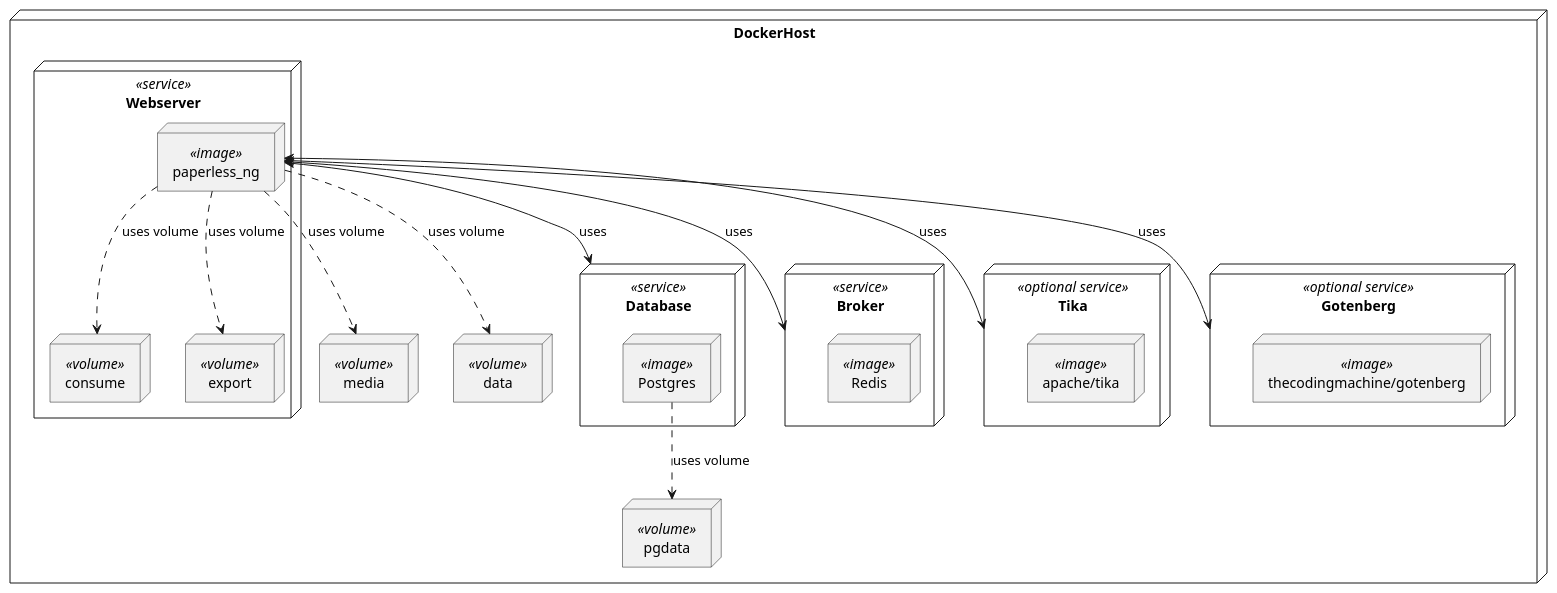
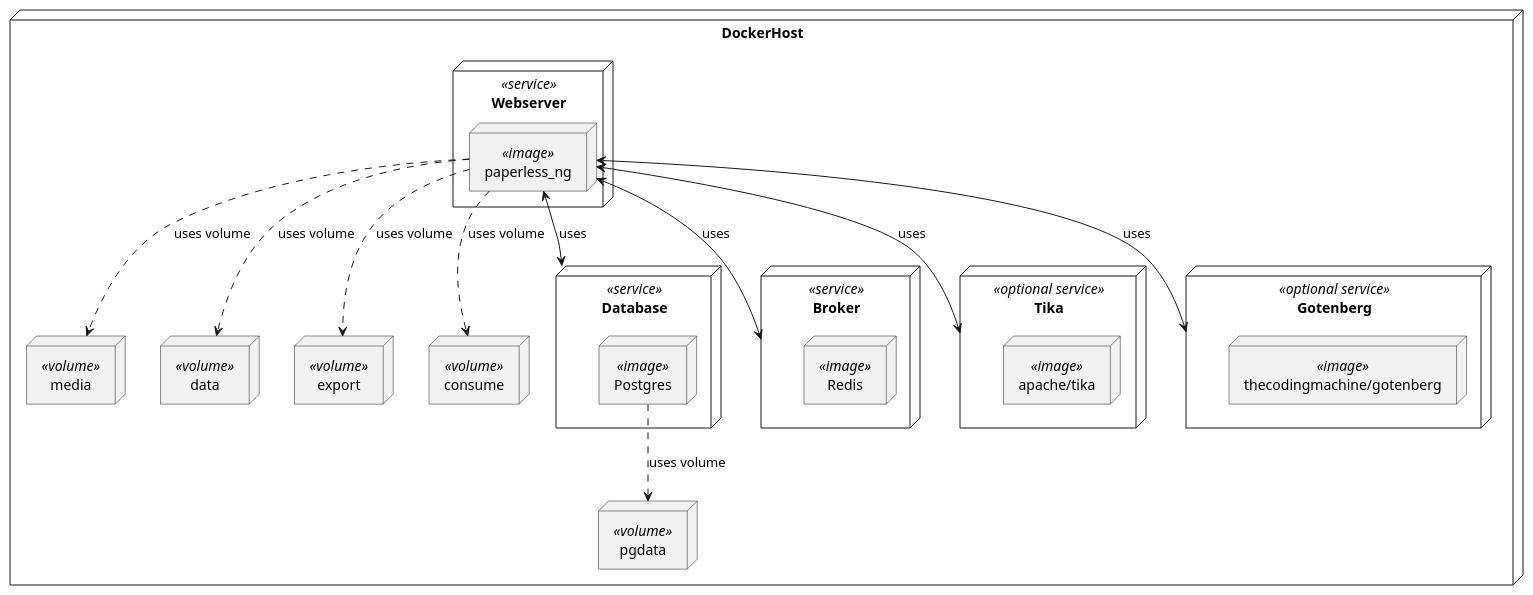
One commit to isigmund/test_plantuml changed the diagram in deployment.puml. Above: the diagram before and after it, drawn with PlantUML.

```diff
--- a/deployment.puml
+++ b/deployment.puml
@@ -1,36 +1,36 @@
 @startuml
 node DockerHost  {
  
     node Database <<service>> {
         node Postgres <<image>>
     }
     node pgdata <<volume>>
     node media <<volume>>
     node data <<volume>>
+    node export <<volume>>
+    node consume <<volume>>
     node Webserver <<service>> {
         node paperless_ng <<image>>
-        node consume <<volume>>
-        node export <<volume>>
     }
     node Broker <<service>> {
         node Redis <<image>>
     }
     node Tika  <<optional service>> {
         node "apache/tika" <<image>>
     }
     node Gotenberg <<optional service>> {
         node "thecodingmachine/gotenberg" <<image>>
     }
  
     Postgres -[dashed]-> pgdata : "uses volume"
     paperless_ng -[dashed]-> consume  :"uses volume"
     paperless_ng -[dashed]-> export : "uses volume"
     paperless_ng -[dashed]-> data : "uses volume"
     paperless_ng -[dashed]-> media : "uses volume"
     paperless_ng <--> Database : uses
     paperless_ng <--> Broker  : uses
     paperless_ng <--> Gotenberg : uses
     paperless_ng <--> Tika : uses
  
 }
 @enduml
```
